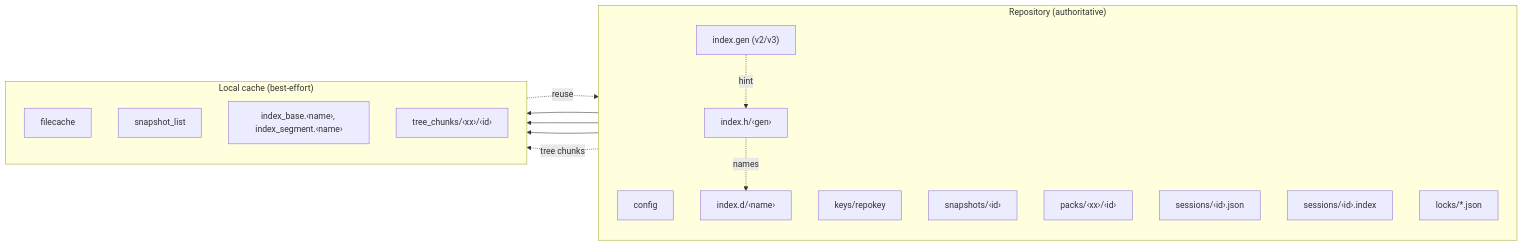
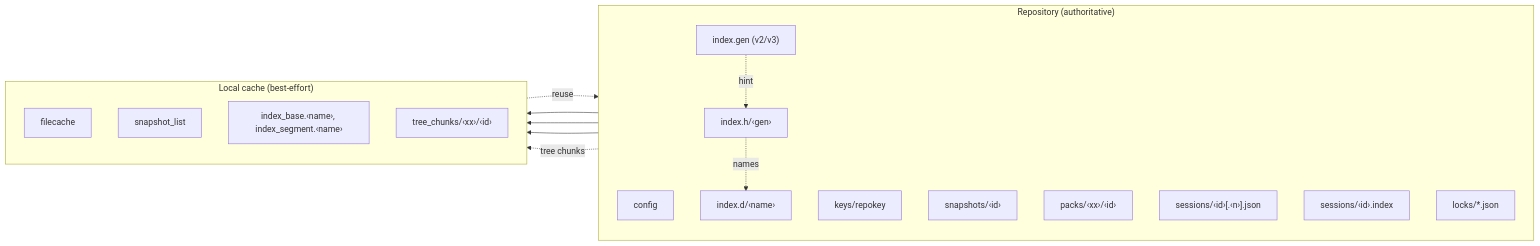
The first of 7 diagrams in docs/src/content/docs/architecture.md (borgbase/vykar), drawn with Mermaid before and after one commit. The commit also changed other lines of this file and 21 other files, not shown here.

````diff
--- a/docs/src/content/docs/architecture.md
+++ b/docs/src/content/docs/architecture.md
@@ -297,32 +297,32 @@
 ```mermaid
 flowchart LR
     subgraph Repo["Repository (authoritative)"]
         direction TB
         config["config"]
         repokey["keys/repokey"]
         index["index.h/‹gen›"]
         indexd["index.d/‹name›"]
         indexgen["index.gen (v2/v3)"]
         snapshots["snapshots/‹id›"]
         packs["packs/‹xx›/‹id›"]
-        sessions["sessions/‹id›.json"]
+        sessions["sessions/‹id›[.‹n›].json"]
         journal["sessions/‹id›.index"]
         locks["locks/*.json"]
     end
 
     subgraph Cache["Local cache (best-effort)"]
         direction TB
         filecache["filecache"]
         snapshotlist["snapshot_list"]
         chunktable["index_base.‹name›, index_segment.‹name›"]
         treechunks["tree_chunks/‹xx›/‹id›"]
     end
 
     index --> chunktable
     snapshots --> snapshotlist
     filecache -. reuse .-> index
     indexgen -. hint .-> index
     index -. names .-> indexd
     indexd --> chunktable
     packs -. tree chunks .-> treechunks
 ```
````
